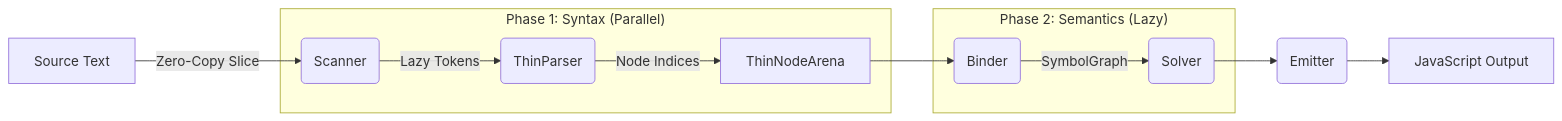
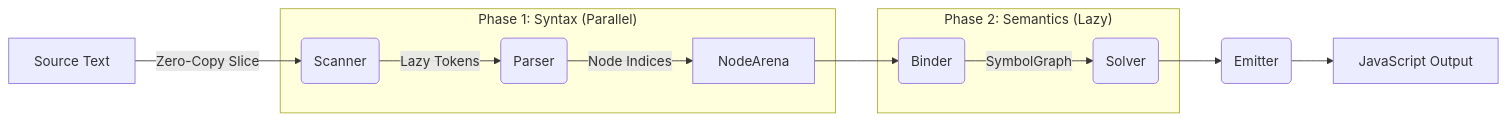
Before and after one commit to mohsen1/tsz: the diagram in specs/WASM_ARCHITECTURE.md, drawn with Mermaid. The commit also changed other lines of this file and 139 other files, not shown here.

````diff
--- a/specs/WASM_ARCHITECTURE.md
+++ b/specs/WASM_ARCHITECTURE.md
@@ -22,23 +22,23 @@
 ```mermaid
 graph LR
     A[Source Text] -->|Zero-Copy Slice| B(Scanner)
-    B -->|Lazy Tokens| C(ThinParser)
-    C -->|Node Indices| D[ThinNodeArena]
+    B -->|Lazy Tokens| C(Parser)
+    C -->|Node Indices| D[NodeArena]
 
     subgraph "Phase 1: Syntax (Parallel)"
     B
     C
     D
     end
 
     D --> E(Binder)
     E -->|SymbolGraph| F(Solver)
 
     subgraph "Phase 2: Semantics (Lazy)"
     E
     F
     end
 
     F --> G(Emitter)
     G --> H[JavaScript Output]
 ```
````
